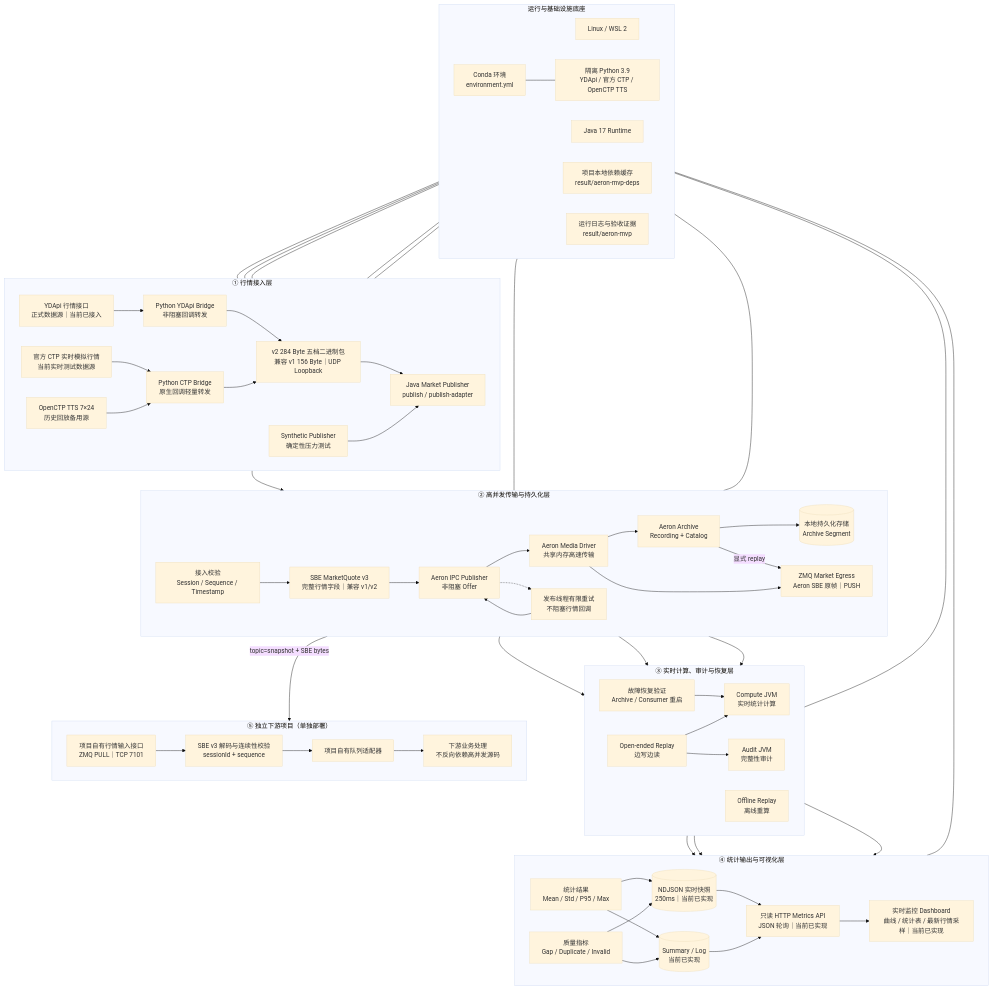
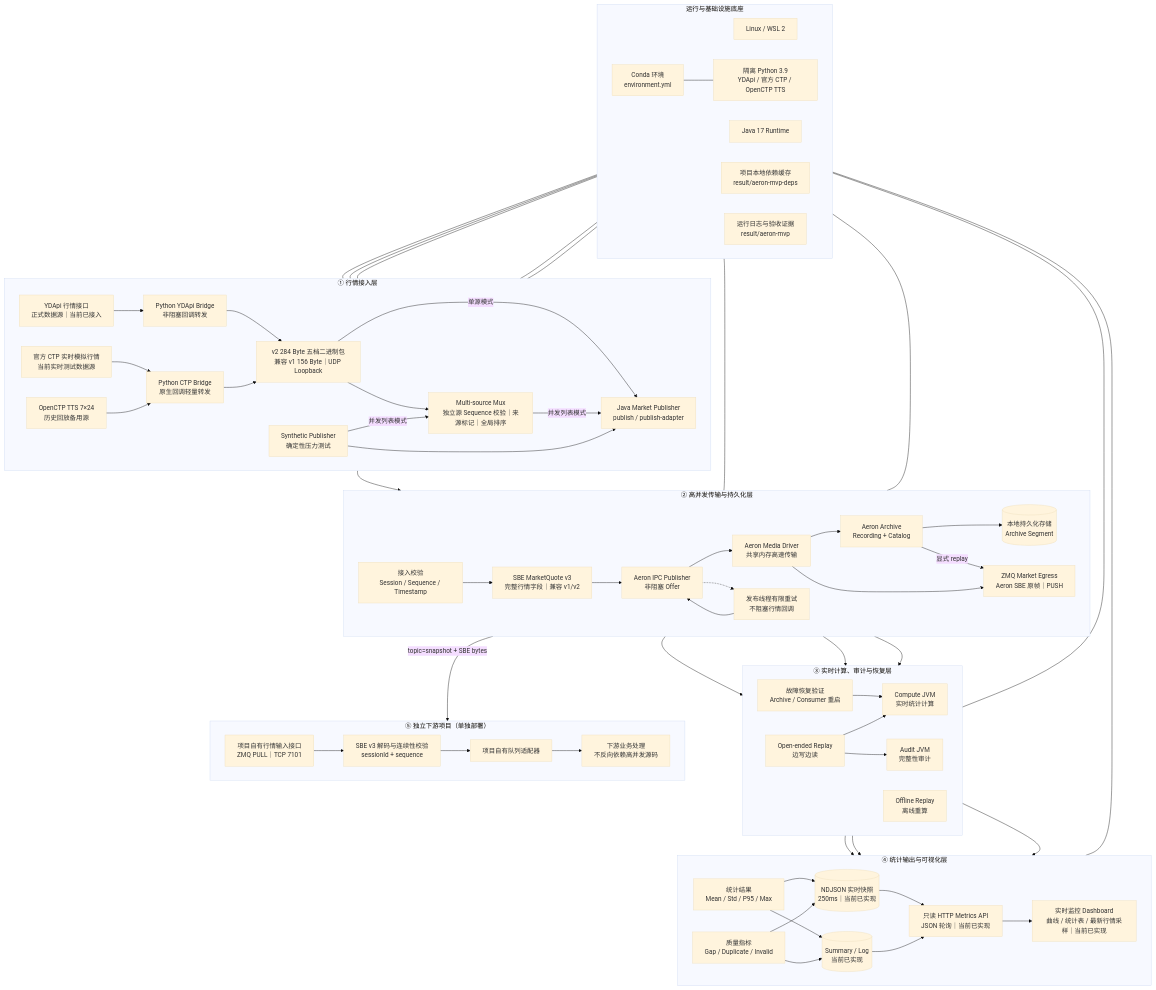
Before and after one commit to 031asa/high-concurrency: the diagram in docs/high-concurrency-architecture.md, drawn with Mermaid (base theme). The commit also changed other lines of this file and 11 other files, not shown here.

```diff
--- a/docs/high-concurrency-architecture.md
+++ b/docs/high-concurrency-architecture.md
@@ -11,12 +11,16 @@
         YDA["Python YDApi Bridge<br/>非阻塞回调转发"]
         CTB["Python CTP Bridge<br/>原生回调轻量转发"]
         UDP["v2 284 Byte 五档二进制包<br/>兼容 v1 156 Byte｜UDP Loopback"]
+        MUX["Multi-source Mux<br/>独立源 Sequence 校验｜来源标记｜全局排序"]
         JP["Java Market Publisher<br/>publish / publish-adapter"]
 
-        YD --> YDA --> UDP
+        YD --> YDA --> UDP --> MUX
         CTPL --> CTB
-        CTP --> CTB --> UDP --> JP
+        CTP --> CTB --> UDP
+        MUX -->|并发列表模式| JP
+        UDP -->|单源模式| JP
         SIM --> JP
+        SIM -->|并发列表模式| MUX
     end
 
     subgraph BUS["② 高并发传输与持久化层"]
```
